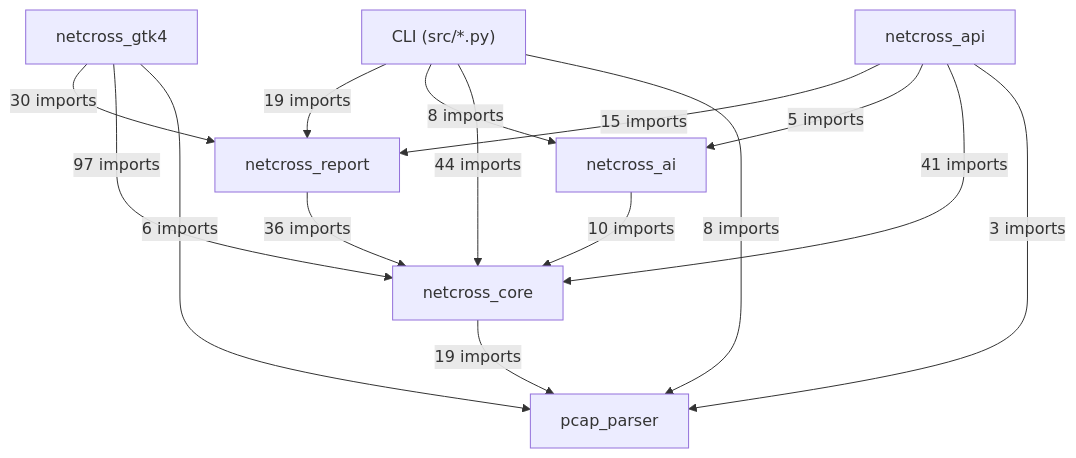
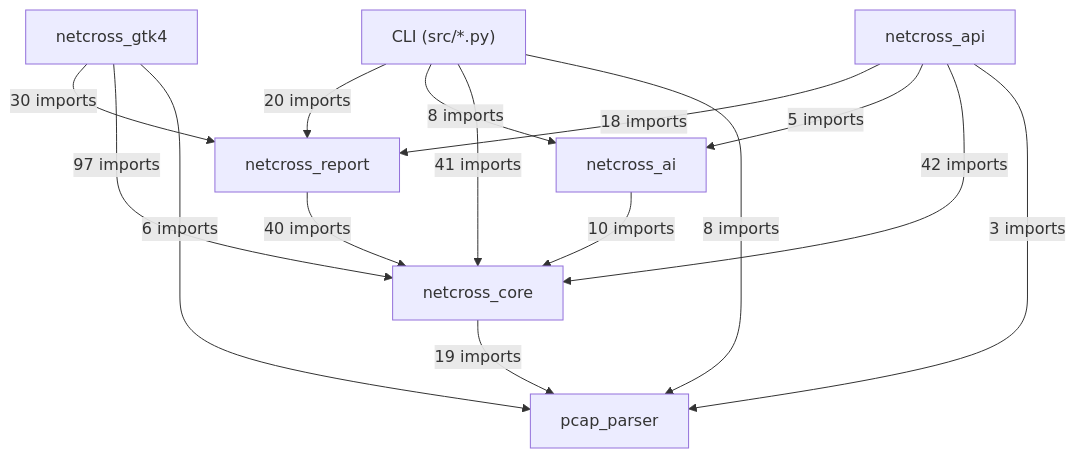
Before and after one commit to Mathide-Team/Netcross: the first of 20 diagrams in docs/class-diagram.md, drawn with Mermaid. The commit also changed other lines of this file and 1 other file, not shown here.

Commit message:
chore: régénère class-diagram/openapi après fusion de dev

````diff
--- a/docs/class-diagram.md
+++ b/docs/class-diagram.md
@@ -26,24 +26,24 @@
 ```mermaid
 flowchart TD
     CLI["CLI (src/*.py)"]
     netcross_gtk4["netcross_gtk4"]
     netcross_api["netcross_api"]
     netcross_report["netcross_report"]
     netcross_ai["netcross_ai"]
     netcross_core["netcross_core"]
     pcap_parser["pcap_parser"]
-    CLI -->|"19 imports"| netcross_report
+    CLI -->|"20 imports"| netcross_report
     CLI -->|"8 imports"| netcross_ai
-    CLI -->|"44 imports"| netcross_core
+    CLI -->|"41 imports"| netcross_core
     CLI -->|"8 imports"| pcap_parser
     netcross_gtk4 -->|"30 imports"| netcross_report
     netcross_gtk4 -->|"97 imports"| netcross_core
     netcross_gtk4 -->|"6 imports"| pcap_parser
-    netcross_api -->|"15 imports"| netcross_report
+    netcross_api -->|"18 imports"| netcross_report
     netcross_api -->|"5 imports"| netcross_ai
-    netcross_api -->|"41 imports"| netcross_core
+    netcross_api -->|"42 imports"| netcross_core
     netcross_api -->|"3 imports"| pcap_parser
-    netcross_report -->|"36 imports"| netcross_core
+    netcross_report -->|"40 imports"| netcross_core
     netcross_ai -->|"10 imports"| netcross_core
     netcross_core -->|"19 imports"| pcap_parser
 ```
````
